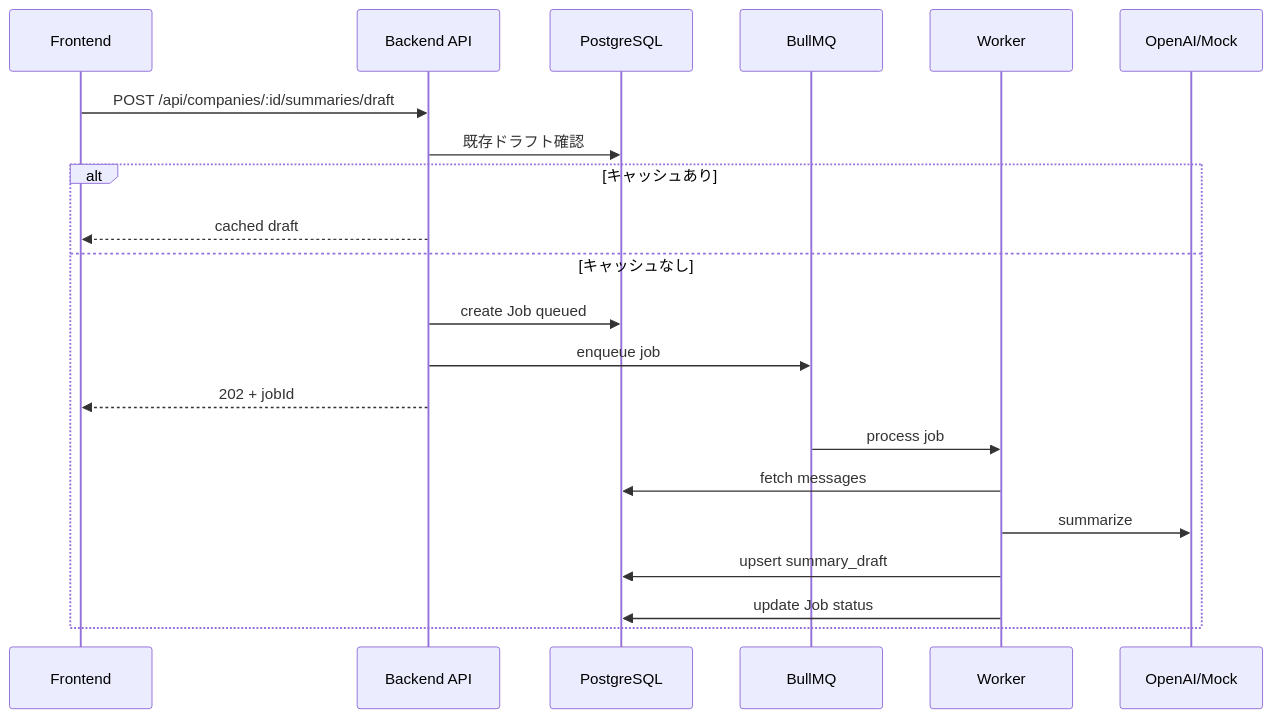
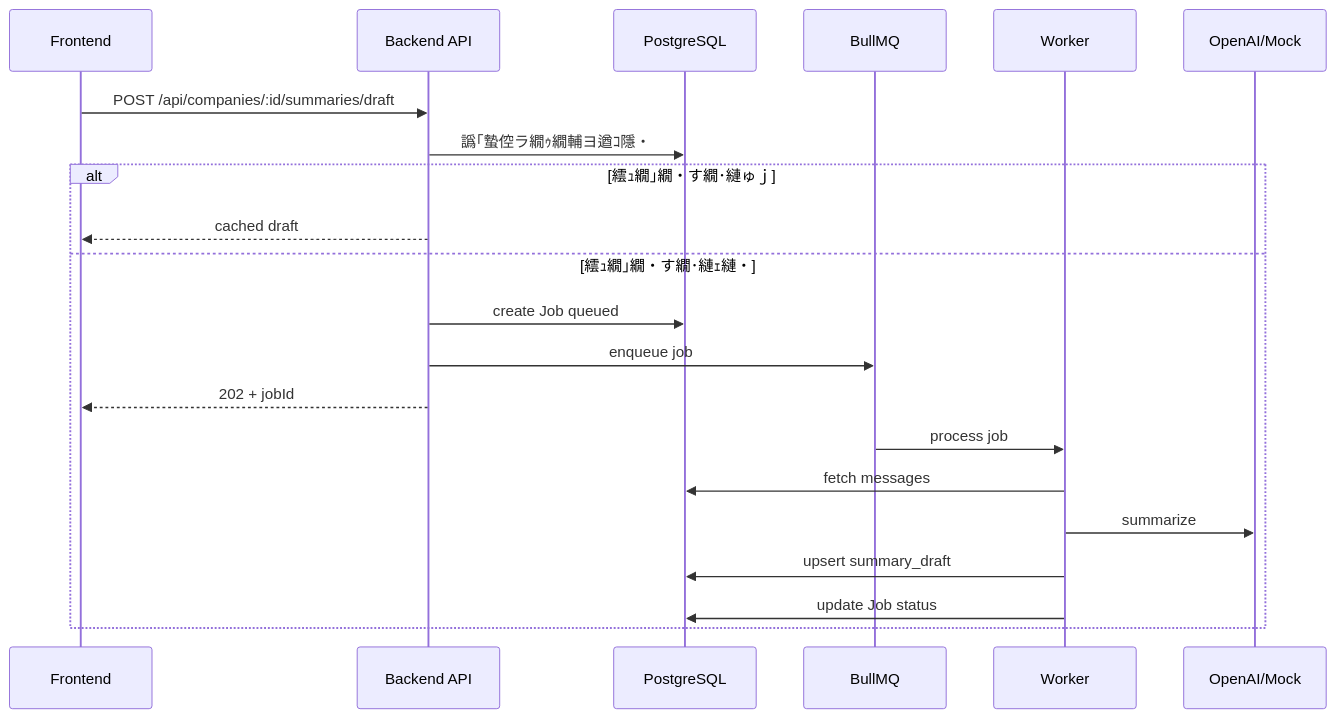
Diagram 17 of 43 in Docs/diagrams/all.md (yuma2004/CWLLM), drawn with Mermaid before and after one commit. The commit also changed other lines of this file and 116 other files, not shown here.

````diff
--- a/Docs/diagrams/all.md
+++ b/Docs/diagrams/all.md
@@ -397,24 +394,24 @@
 ```mermaid
 sequenceDiagram
   participant FE as Frontend
   participant API as Backend API
   participant DB as PostgreSQL
   participant Q as BullMQ
   participant W as Worker
   participant LLM as OpenAI/Mock
 
   FE->>API: POST /api/companies/:id/summaries/draft
-  API->>DB: 既存ドラフト確認
-  alt キャッシュあり
+  API->>DB: 譌｢蟄倥ラ繝ｩ繝輔ヨ遒ｺ隱・
+  alt 繧ｭ繝｣繝・す繝･縺ゅｊ
     API-->>FE: cached draft
-  else キャッシュなし
+  else 繧ｭ繝｣繝・す繝･縺ｪ縺・
     API->>DB: create Job queued
     API->>Q: enqueue job
     API-->>FE: 202 + jobId
     Q->>W: process job
     W->>DB: fetch messages
     W->>LLM: summarize
     W->>DB: upsert summary_draft
     W->>DB: update Job status
   end
 ```
````
